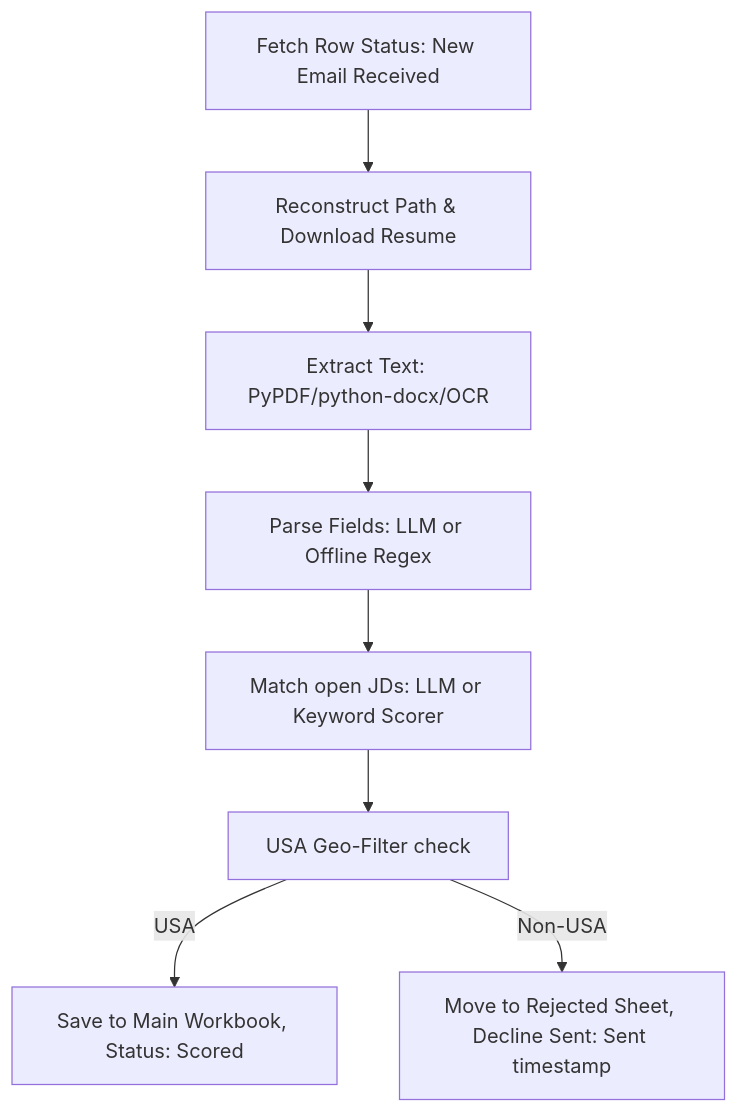
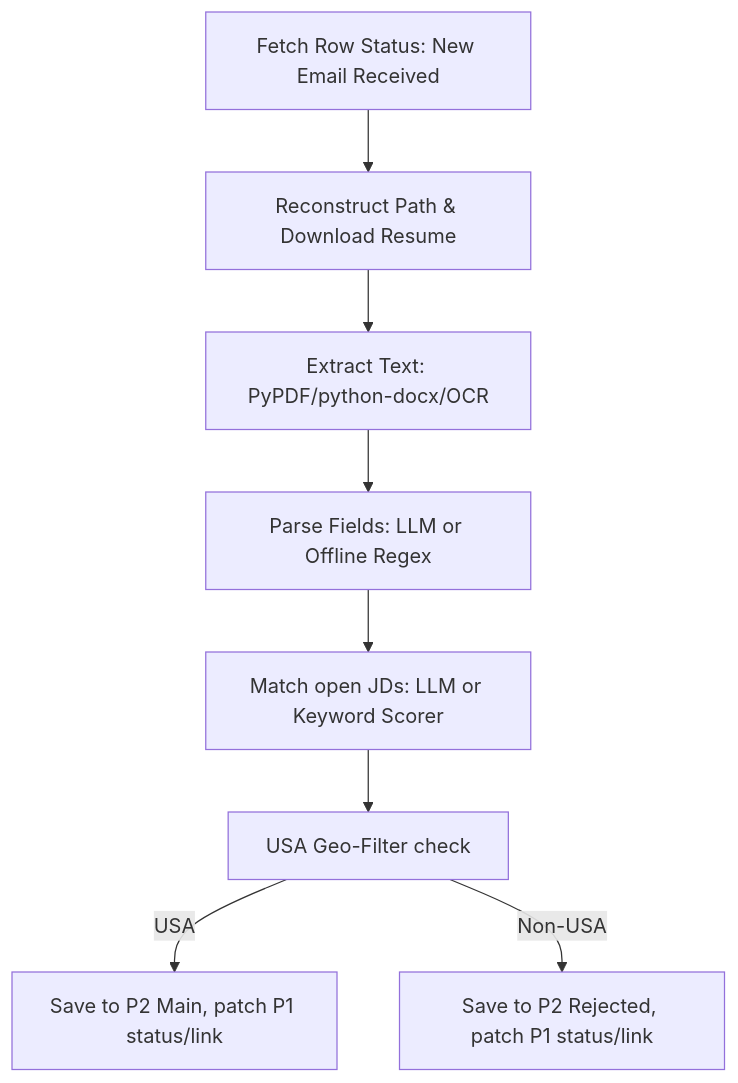
One commit to yashv456-dev/DriverAI-HiringAgent changed the diagram in DriverAI_HiringAgent/HiringAgent_P2/docs/p2_detailed_summary.md. Above: the diagram before and after it, drawn with Mermaid. The commit also changed other lines of this file and 17 other files, not shown here.

````diff
--- a/DriverAI_HiringAgent/HiringAgent_P2/docs/p2_detailed_summary.md
+++ b/DriverAI_HiringAgent/HiringAgent_P2/docs/p2_detailed_summary.md
@@ -22,10 +22,10 @@
 ```mermaid
 graph TD
     Fetch[Fetch Row Status: New Email Received] --> GetCV[Reconstruct Path & Download Resume]
     GetCV --> Extract[Extract Text: PyPDF/python-docx/OCR]
     Extract --> Parse[Parse Fields: LLM or Offline Regex]
     Parse --> Score[Match open JDs: LLM or Keyword Scorer]
     Score --> Geo[USA Geo-Filter check]
-    Geo -- USA --> MainSheet[Save to Main Workbook, Status: Scored]
-    Geo -- Non-USA --> RejSheet[Move to Rejected Sheet, Decline Sent: Sent timestamp]
+    Geo -- USA --> MainSheet[Save to P2 Main, patch P1 status/link]
+    Geo -- Non-USA --> RejSheet[Save to P2 Rejected, patch P1 status/link]
 ```
````
